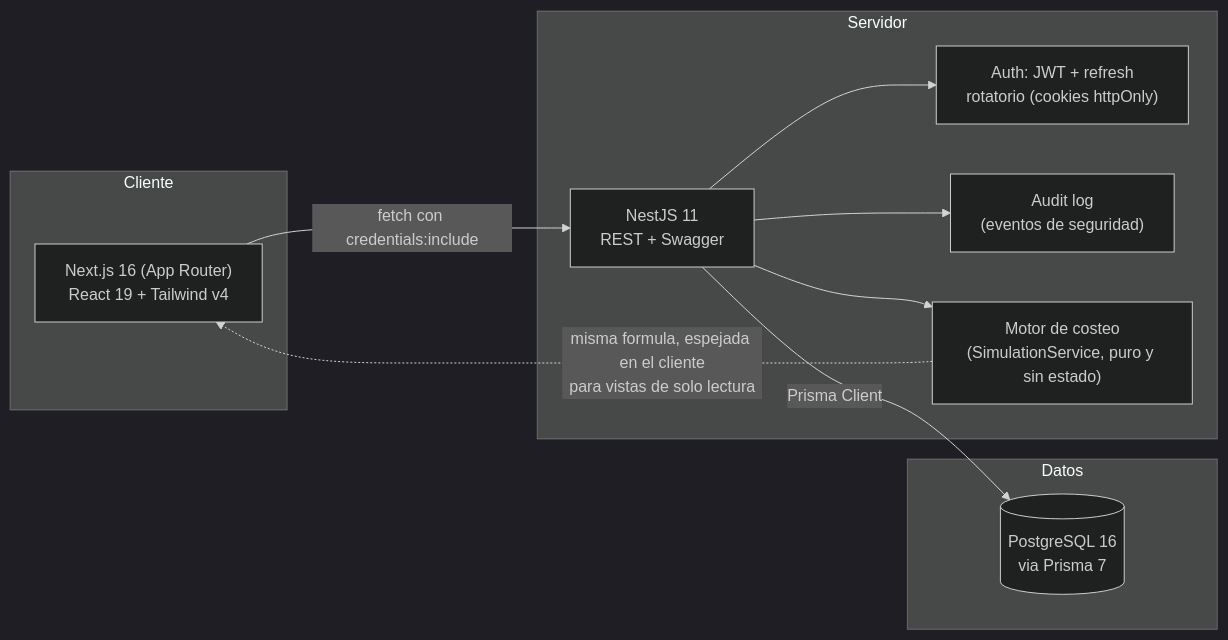
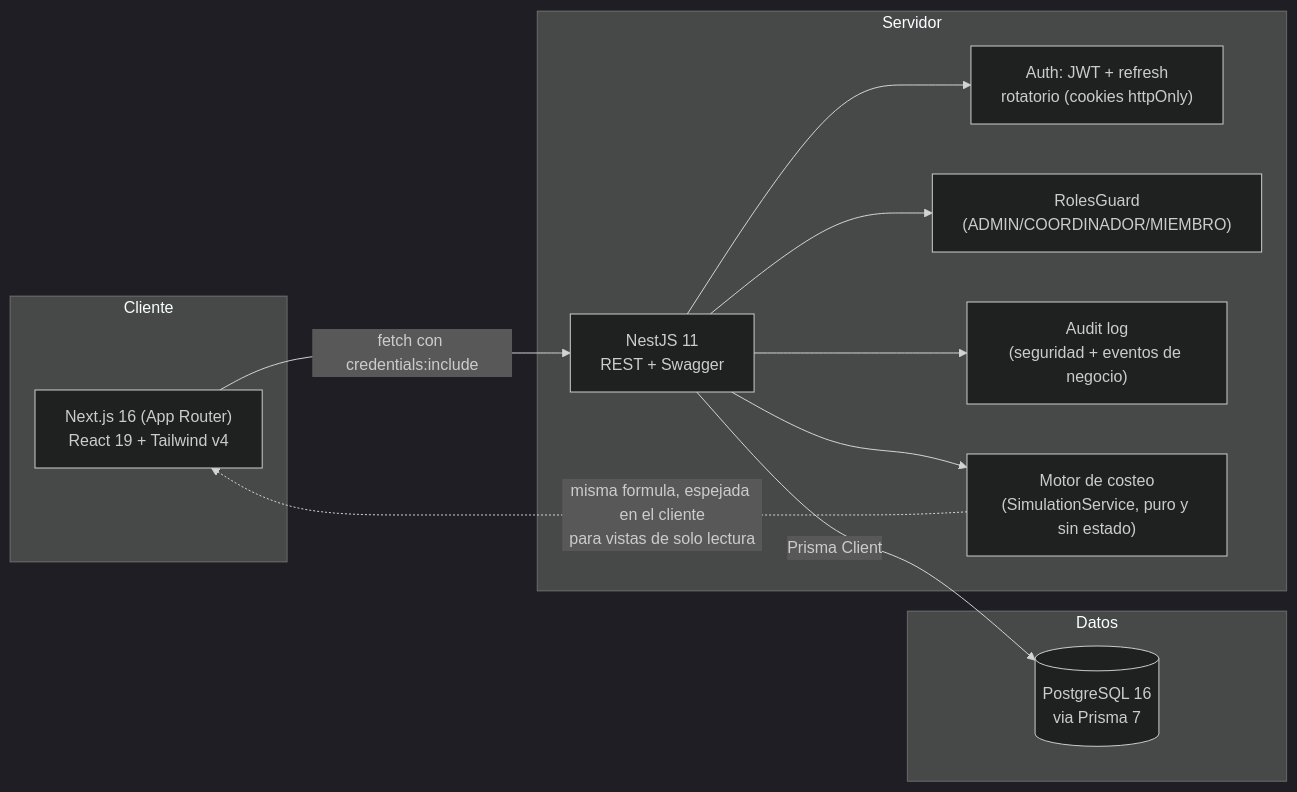
Before and after one commit to TomasPosada0626/Prodexa: the diagram in README.md, drawn with Mermaid (dark theme). The commit also changed other lines of this file and 36 other files, not shown here.

````diff
--- a/README.md
+++ b/README.md
@@ -53,22 +58,24 @@
 ```mermaid
 flowchart LR
     subgraph Cliente
         FE["Next.js 16 (App Router)<br/>React 19 + Tailwind v4"]
     end
     subgraph Servidor
         API["NestJS 11<br/>REST + Swagger"]
         AUTH["Auth: JWT + refresh<br/>rotatorio (cookies httpOnly)"]
-        AUDIT["Audit log<br/>(eventos de seguridad)"]
+        RBAC["RolesGuard<br/>(ADMIN/COORDINADOR/MIEMBRO)"]
+        AUDIT["Audit log<br/>(seguridad + eventos de negocio)"]
         COST["Motor de costeo<br/>(SimulationService, puro y sin estado)"]
     end
     subgraph Datos
         PG[("PostgreSQL 16<br/>via Prisma 7")]
     end
 
     FE -- "fetch con credentials:include" --> API
     API --> AUTH
+    API --> RBAC
     API --> AUDIT
     API --> COST
     API -- "Prisma Client" --> PG
     COST -. "misma formula, espejada en el cliente<br/>para vistas de solo lectura" .-> FE
 ```
````
